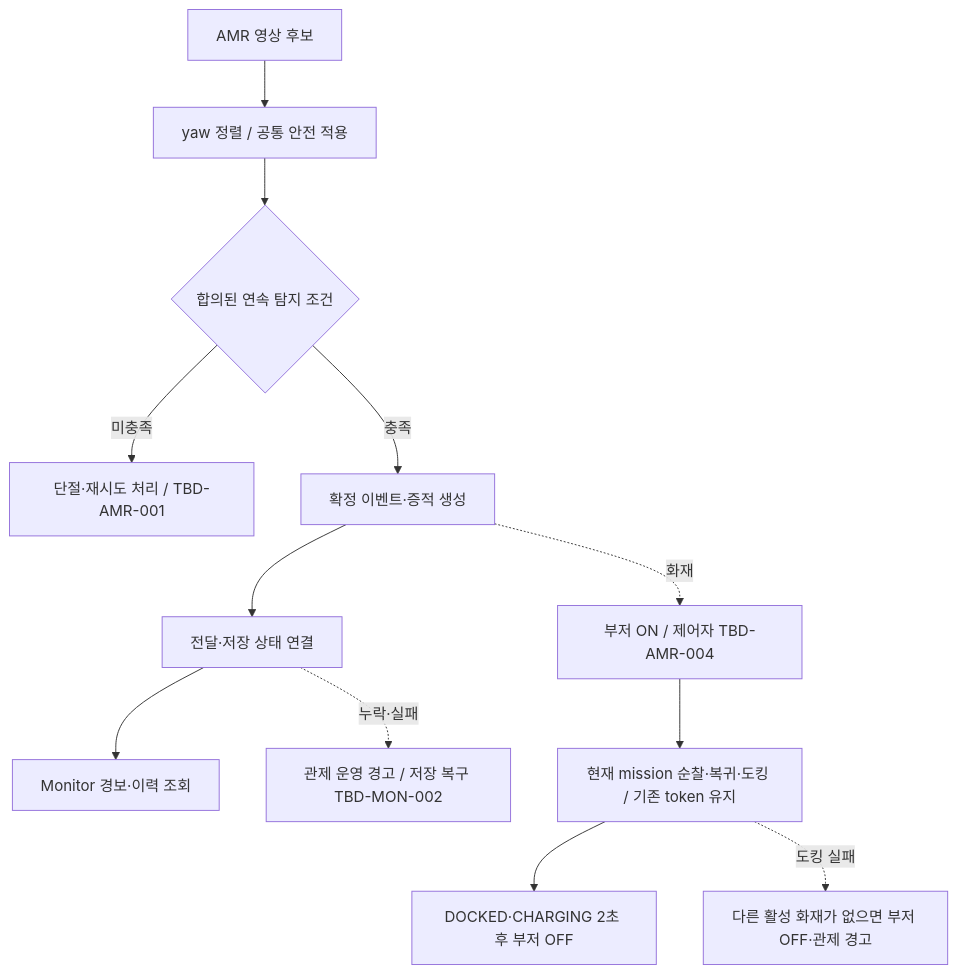
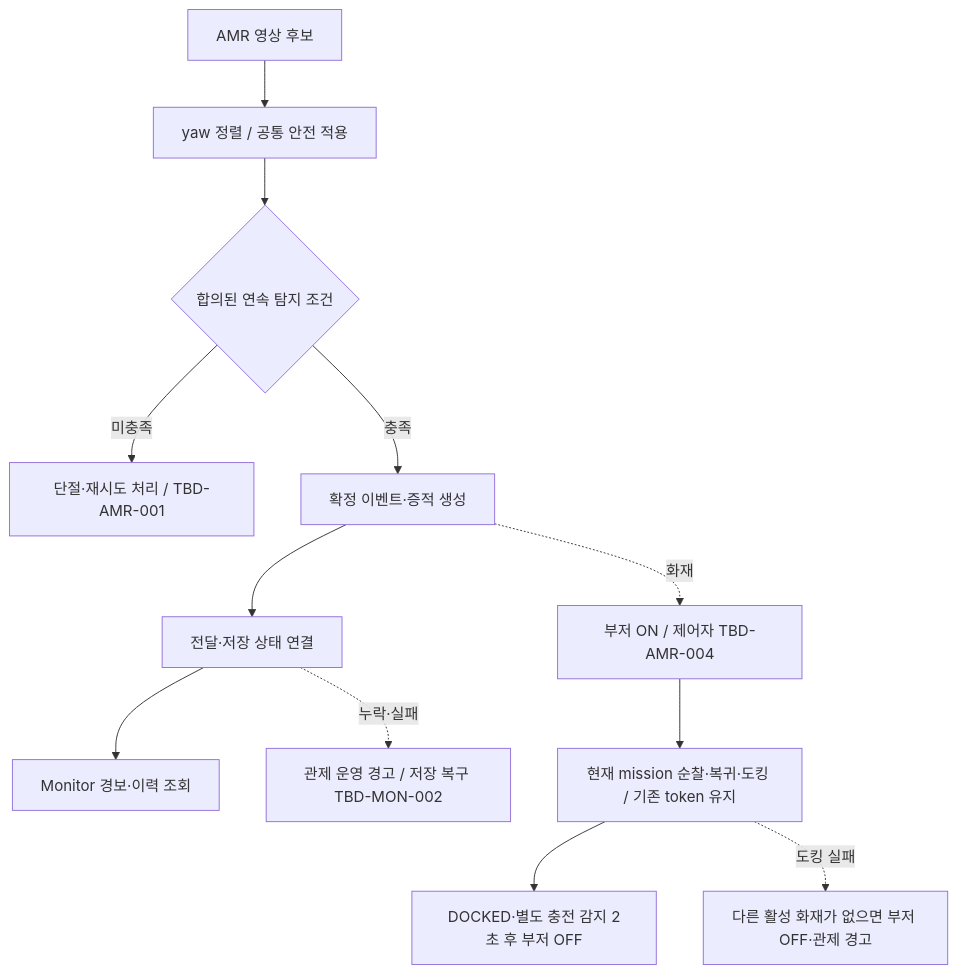
The second of 8 diagrams in docs/scenarios.md (suuuhululu/patrol), drawn with Mermaid before and after one commit. The commit also changed other lines of this file and 56 other files, not shown here.

```diff
--- a/docs/scenarios.md
+++ b/docs/scenarios.md
@@ -79,14 +79,14 @@
 ~~~mermaid
 flowchart TD
     A[AMR 영상 후보] --> B[yaw 정렬 / 공통 안전 적용]
     B --> C{합의된 연속 탐지 조건}
     C -->|미충족| D[단절·재시도 처리 / TBD-AMR-001]
     C -->|충족| E[확정 이벤트·증적 생성]
     E --> F[전달·저장 상태 연결]
     F --> G[Monitor 경보·이력 조회]
     F -. 누락·실패 .-> H[관제 운영 경고 / 저장 복구 TBD-MON-002]
     E -. 화재 .-> I[부저 ON / 제어자 TBD-AMR-004]
     I --> J[현재 mission 순찰·복귀·도킹 / 기존 token 유지]
-    J --> K[DOCKED·CHARGING 2초 후 부저 OFF]
+    J --> K[DOCKED·별도 충전 감지 2초 후 부저 OFF]
     J -. 도킹 실패 .-> L[다른 활성 화재가 없으면 부저 OFF·관제 경고]
 ~~~
```
